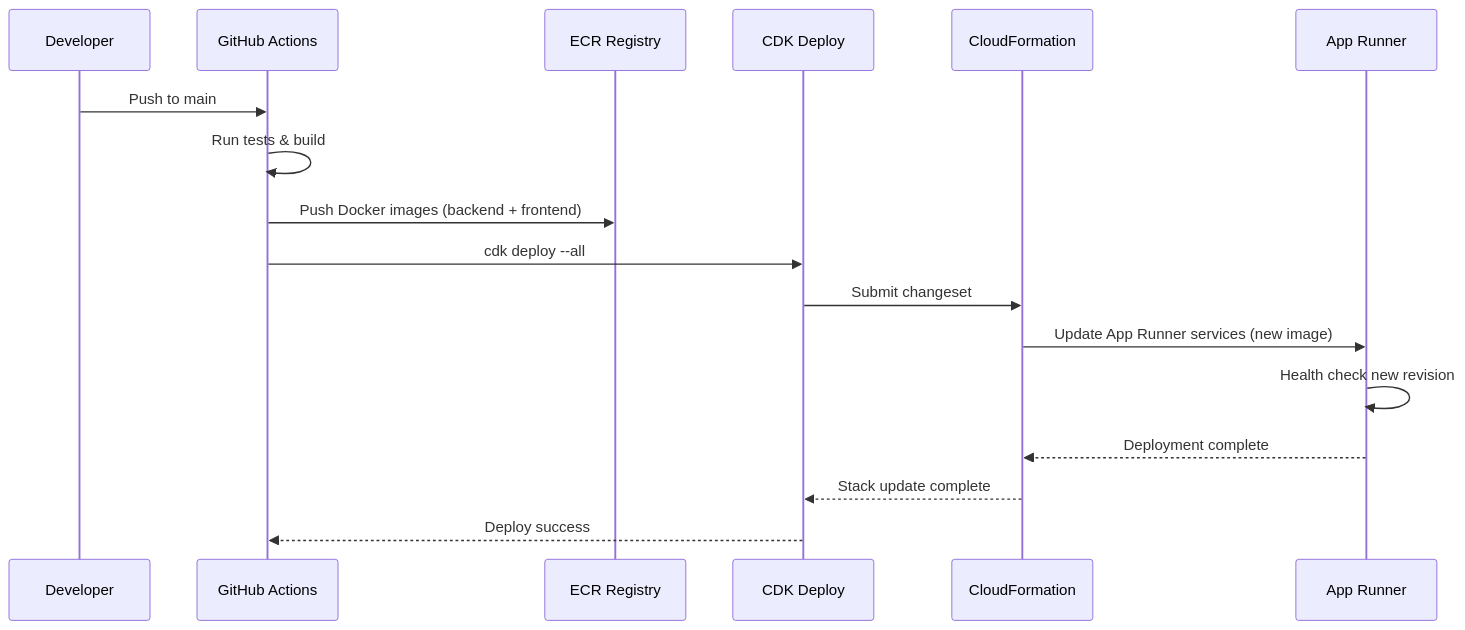
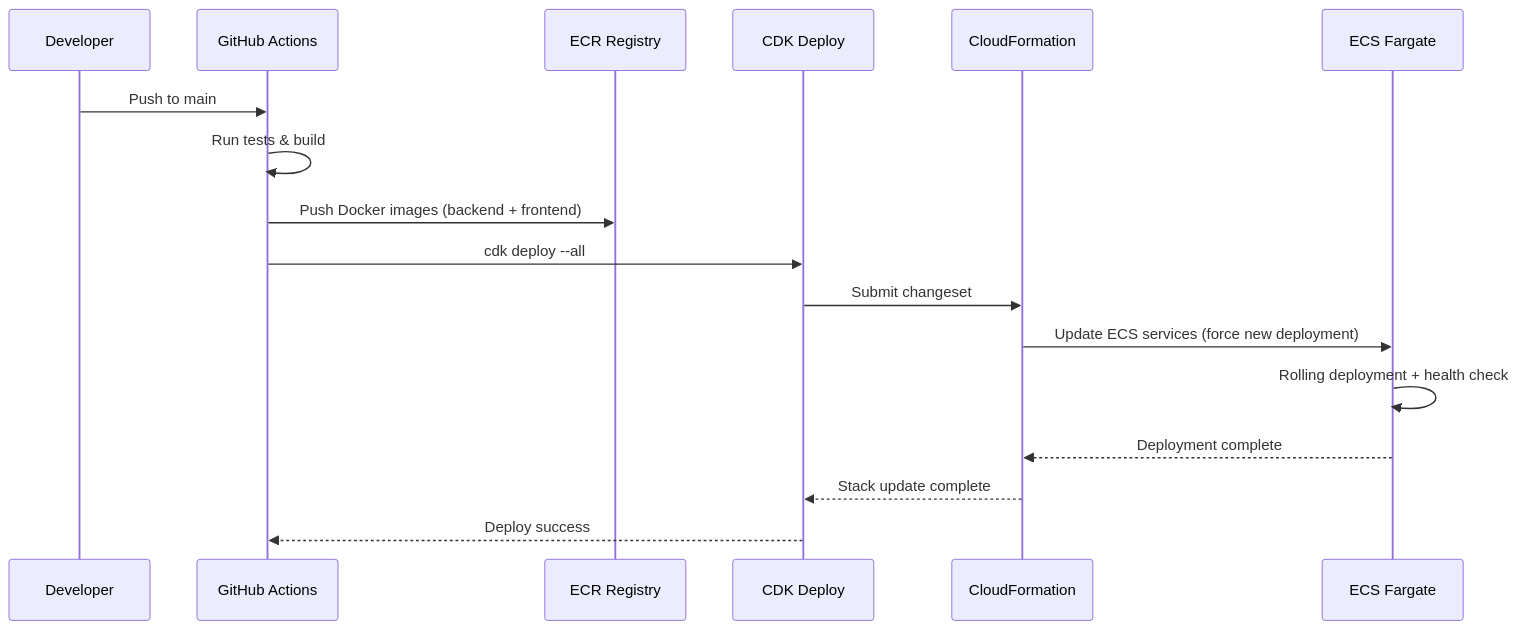
The second of 3 diagrams in .kiro/specs/aws-infrastructure-deployment/design.md (JAVegaG/PuenteHogar), drawn with Mermaid before and after one commit. The commit also changed other lines of this file and 2 other files, not shown here.

Commit message:
docs(specs): migrate compute layer from App Runner to ECS Fargate in all spec documents

````diff
--- a/.kiro/specs/aws-infrastructure-deployment/design.md
+++ b/.kiro/specs/aws-infrastructure-deployment/design.md
@@ -101,20 +101,20 @@
 ```mermaid
 sequenceDiagram
     participant Dev as Developer
     participant GH as GitHub Actions
     participant ECR as ECR Registry
     participant CDK as CDK Deploy
     participant CF as CloudFormation
-    participant AR as App Runner
+    participant ECS as ECS Fargate
 
     Dev->>GH: Push to main
     GH->>GH: Run tests & build
     GH->>ECR: Push Docker images (backend + frontend)
     GH->>CDK: cdk deploy --all
     CDK->>CF: Submit changeset
-    CF->>AR: Update App Runner services (new image)
-    AR->>AR: Health check new revision
-    AR-->>CF: Deployment complete
+    CF->>ECS: Update ECS services (force new deployment)
+    ECS->>ECS: Rolling deployment + health check
+    ECS-->>CF: Deployment complete
     CF-->>CDK: Stack update complete
     CDK-->>GH: Deploy success
 ```
````
